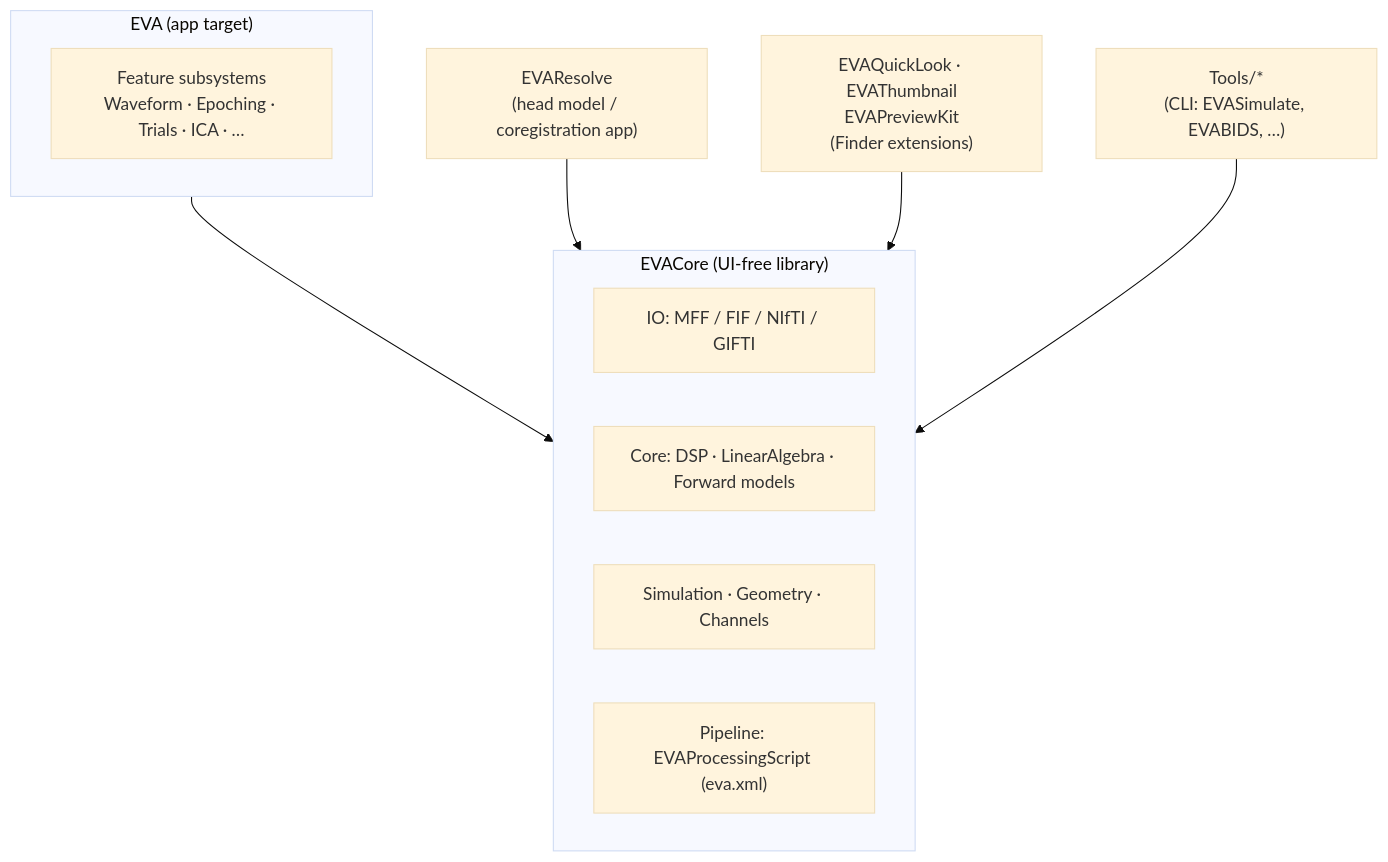
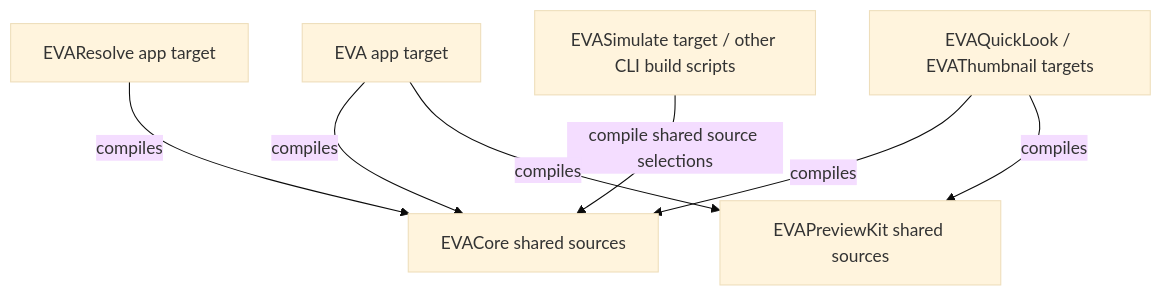
Before and after one commit to pmolfese/EVA: the diagram in docs/developers/architecture.md, drawn with Mermaid (base theme). The commit also changed other lines of this file and 115 other files, not shown here.

````diff
--- a/docs/developers/architecture.md
+++ b/docs/developers/architecture.md
@@ -35,20 +37,15 @@
 ```mermaid
 graph TD
-    subgraph App["EVA (app target)"]
-        UI["Feature subsystems<br/>Waveform · Epoching · Trials · ICA · …"]
-    end
-    subgraph Core["EVACore (UI-free library)"]
-        IO["IO: MFF / FIF / NIfTI / GIFTI"]
-        DSP["Core: DSP · LinearAlgebra · Forward models"]
-        SIM["Simulation · Geometry · Channels"]
-        PROV["Pipeline: EVAProcessingScript (eva.xml)"]
-    end
-    Resolve["EVAResolve<br/>(head model / coregistration app)"]
-    QL["EVAQuickLook · EVAThumbnail<br/>EVAPreviewKit<br/>(Finder extensions)"]
-    Tools["Tools/*<br/>(CLI: EVASimulate, EVABIDS, …)"]
-
-    App --> Core
-    Resolve --> Core
-    QL --> Core
-    Tools --> Core
+    App["EVA app target"]
+    Resolve["EVAResolve app target"]
+    QL["EVAQuickLook / EVAThumbnail targets"]
+    Tools["EVASimulate target / other CLI build scripts"]
+    Core["EVACore shared sources"]
+    Preview["EVAPreviewKit shared sources"]
+    App -->|compiles| Core
+    Resolve -->|compiles| Core
+    QL -->|compiles| Core
+    Tools -->|compile shared source selections| Core
+    App -->|compiles| Preview
+    QL -->|compiles| Preview
 ```
````
